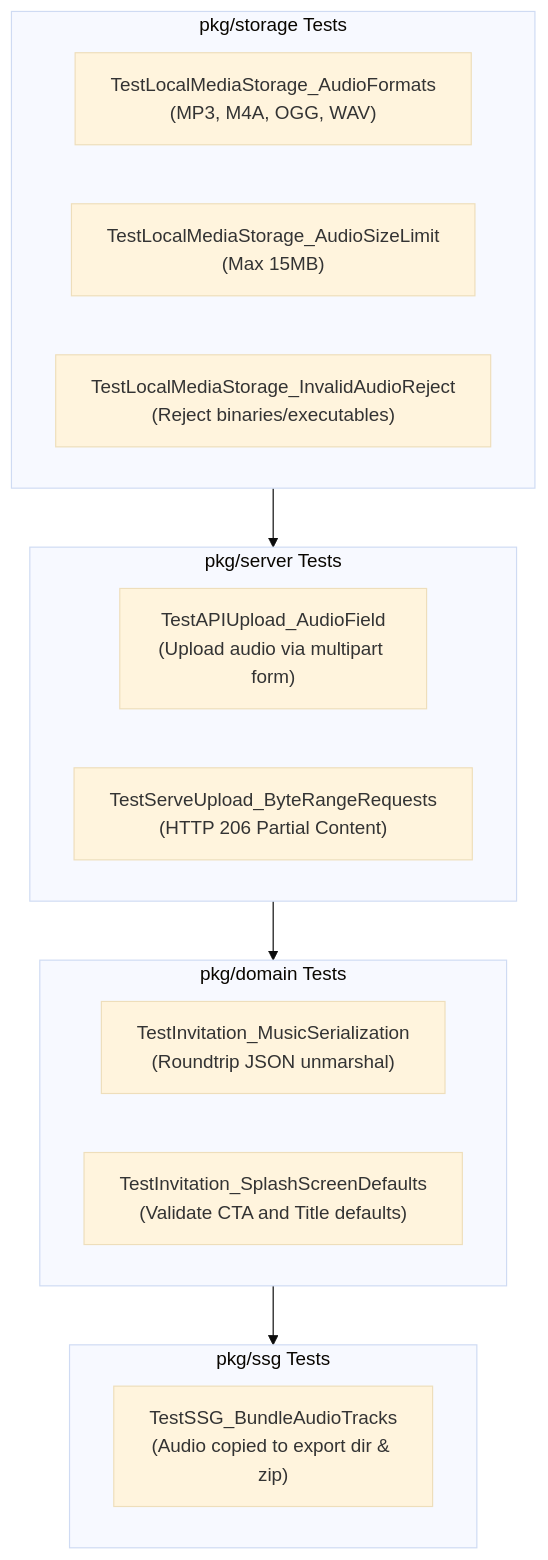
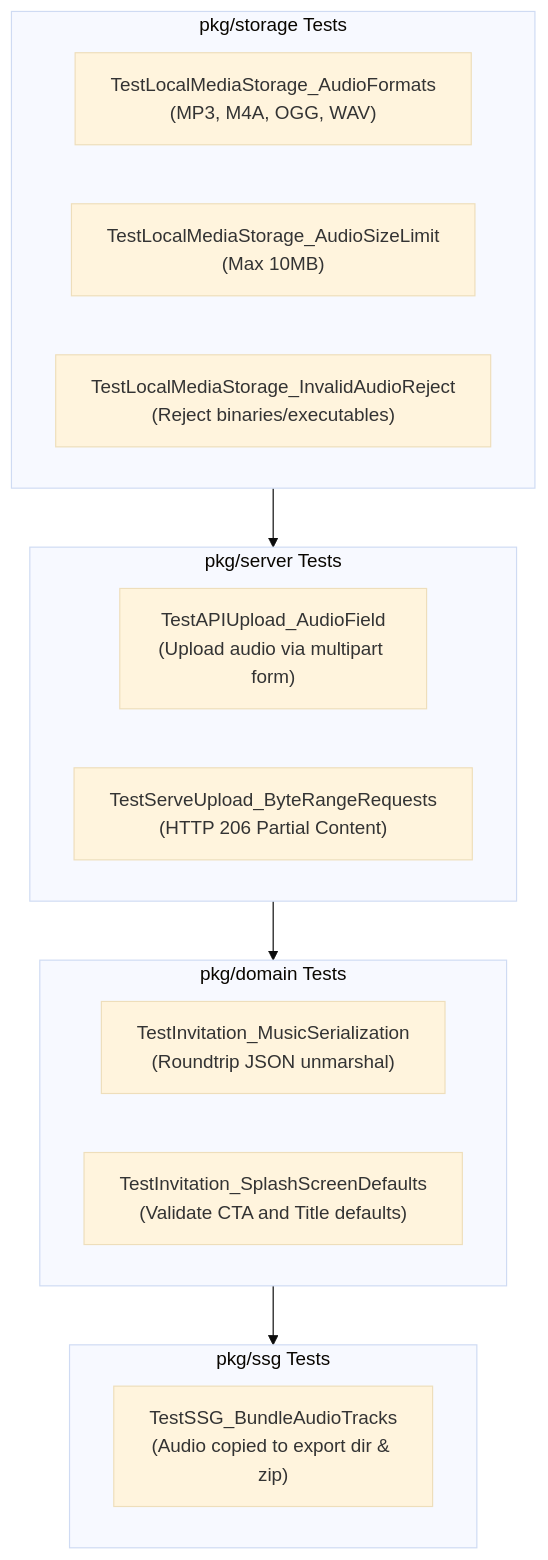
Before and after one commit to marianop9/invito: the diagram in docs/music/iteration-5-ssg-and-testing.md, drawn with Mermaid (base theme). The commit also changed other lines of this file and 7 other files, not shown here.

````diff
--- a/docs/music/iteration-5-ssg-and-testing.md
+++ b/docs/music/iteration-5-ssg-and-testing.md
@@ -29,26 +29,26 @@
 ```mermaid
 flowchart TD
     subgraph StorageTests ["pkg/storage Tests"]
         T1["TestLocalMediaStorage_AudioFormats\n(MP3, M4A, OGG, WAV)"]
-        T2["TestLocalMediaStorage_AudioSizeLimit\n(Max 15MB)"]
+        T2["TestLocalMediaStorage_AudioSizeLimit\n(Max 10MB)"]
         T3["TestLocalMediaStorage_InvalidAudioReject\n(Reject binaries/executables)"]
     end
 
     subgraph ServerTests ["pkg/server Tests"]
         T4["TestAPIUpload_AudioField\n(Upload audio via multipart form)"]
         T5["TestServeUpload_ByteRangeRequests\n(HTTP 206 Partial Content)"]
     end
 
     subgraph DomainTests ["pkg/domain Tests"]
         T6["TestInvitation_MusicSerialization\n(Roundtrip JSON unmarshal)"]
         T7["TestInvitation_SplashScreenDefaults\n(Validate CTA and Title defaults)"]
     end
 
     subgraph SSGTests ["pkg/ssg Tests"]
         T8["TestSSG_BundleAudioTracks\n(Audio copied to export dir & zip)"]
     end
 
     StorageTests --> ServerTests
     ServerTests --> DomainTests
     DomainTests --> SSGTests
 ```
````
